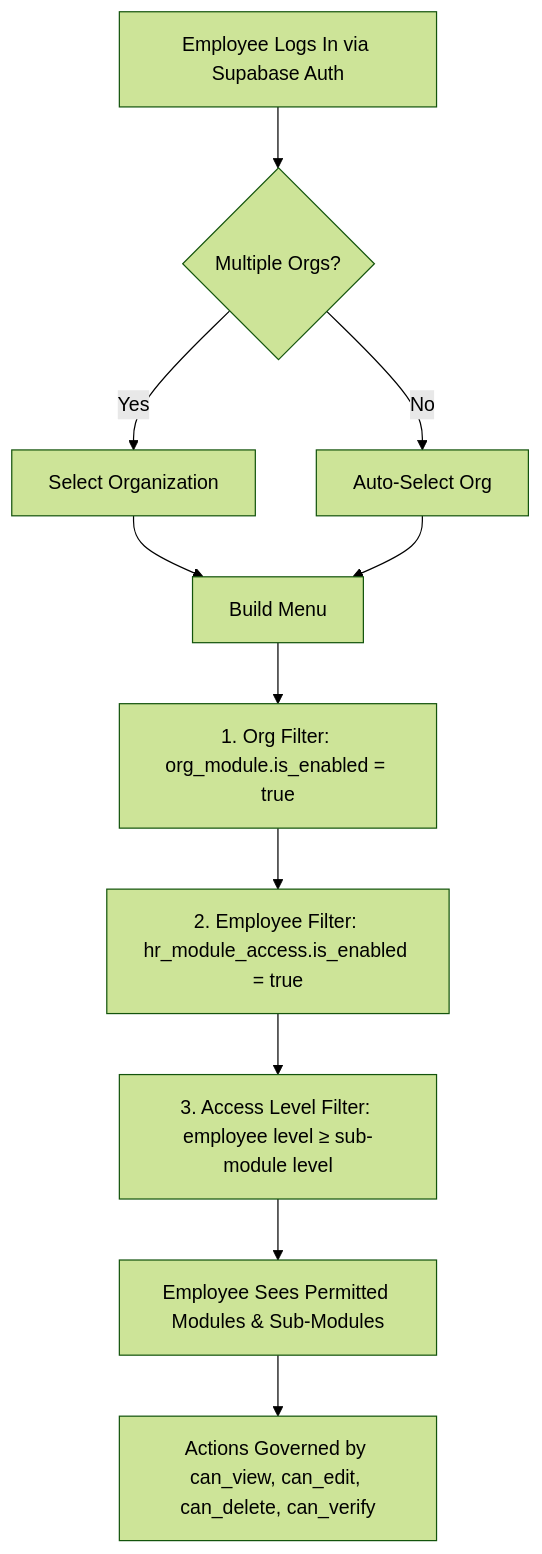
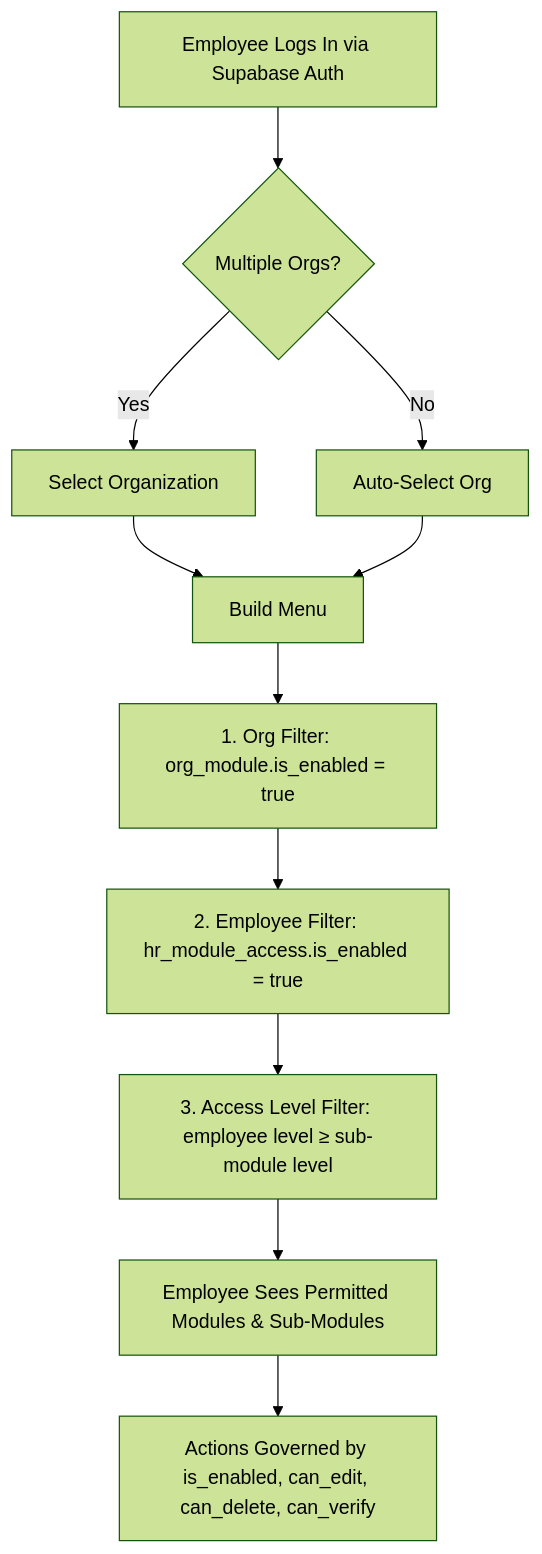
One commit to Hawaii-Farming/aloha-app changed the diagram in docs/processes/20260326_02_user_access_flow.md. Above: the diagram before and after it, drawn with Mermaid (forest theme). The commit also changed other lines of this file and 21 other files, not shown here.

````diff
--- a/docs/processes/20260326_02_user_access_flow.md
+++ b/docs/processes/20260326_02_user_access_flow.md
@@ -101,13 +101,13 @@
 ```mermaid
 flowchart TD
     A[Employee Logs In via Supabase Auth] --> B{Multiple Orgs?}
     B -->|Yes| C[Select Organization]
     B -->|No| D[Auto-Select Org]
     C --> E[Build Menu]
     D --> E
     E --> E1[1. Org Filter: org_module.is_enabled = true]
     E1 --> E2[2. Employee Filter: hr_module_access.is_enabled = true]
     E2 --> E3[3. Access Level Filter: employee level ≥ sub-module level]
     E3 --> F[Employee Sees Permitted Modules & Sub-Modules]
-    F --> G[Actions Governed by can_view, can_edit, can_delete, can_verify]
+    F --> G[Actions Governed by is_enabled, can_edit, can_delete, can_verify]
 ```
````
